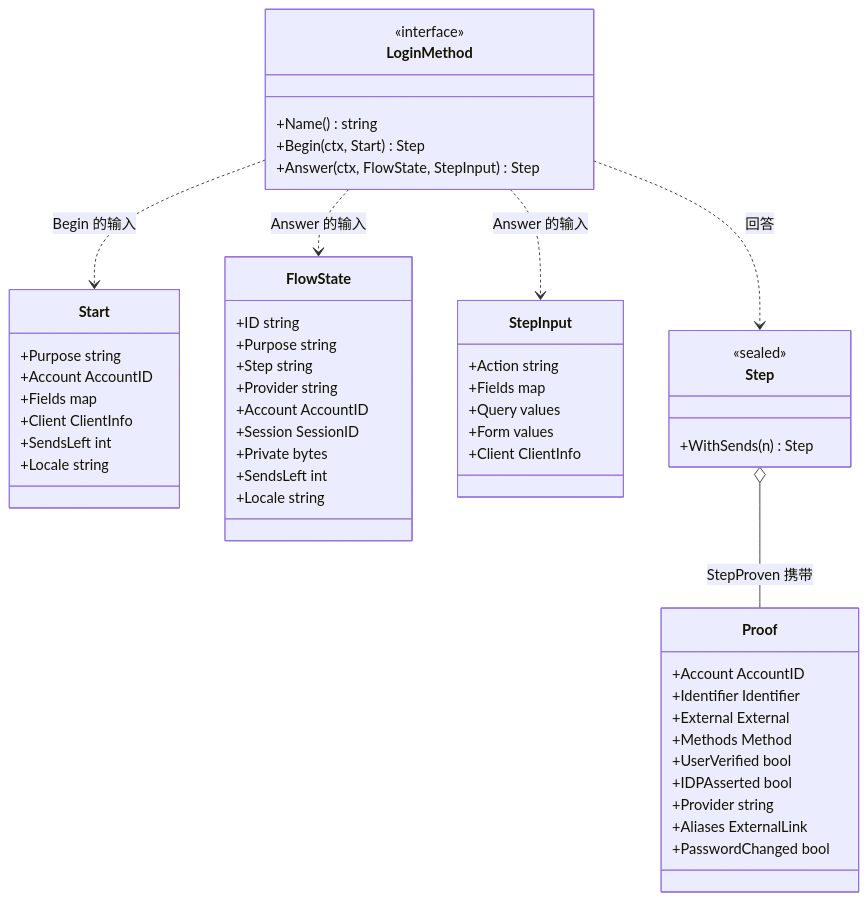
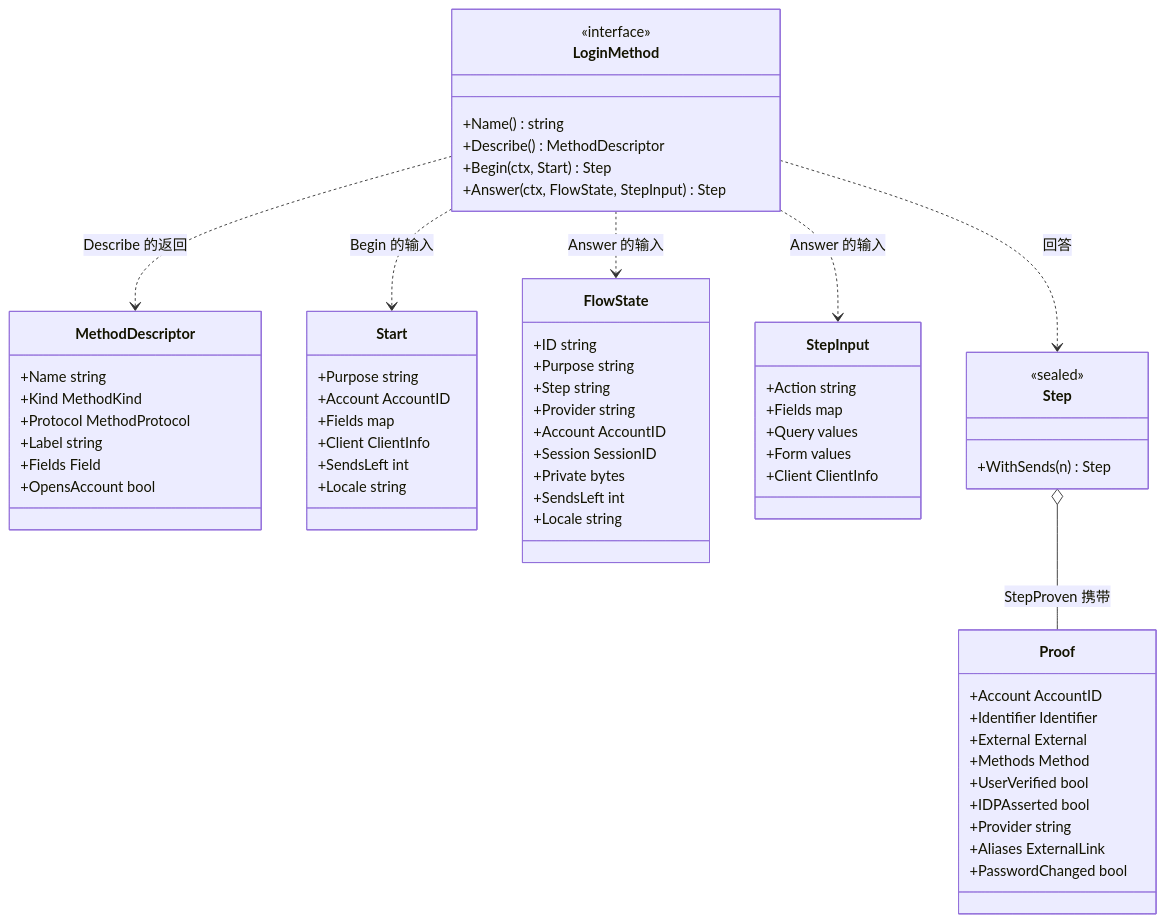
The third of 3 diagrams in docs/design/modules/authn/design-authn-login.md (wangzw/speed), drawn with Mermaid before and after one commit. The commit also changed other lines of this file and 37 other files, not shown here.

First line of the commit message:
feat(authn)!: publish login method descriptors at the discovery endpoint

````diff
--- a/docs/design/modules/authn/design-authn-login.md
+++ b/docs/design/modules/authn/design-authn-login.md
@@ -311,55 +315,65 @@
 ```mermaid
 classDiagram
     class LoginMethod {
         <<interface>>
         +Name() string
+        +Describe() MethodDescriptor
         +Begin(ctx, Start) Step
         +Answer(ctx, FlowState, StepInput) Step
+    }
+    class MethodDescriptor {
+        +Name string
+        +Kind MethodKind
+        +Protocol MethodProtocol
+        +Label string
+        +Fields Field
+        +OpensAccount bool
     }
     class Start {
         +Purpose string
         +Account AccountID
         +Fields map
         +Client ClientInfo
         +SendsLeft int
         +Locale string
     }
     class FlowState {
         +ID string
         +Purpose string
         +Step string
         +Provider string
         +Account AccountID
         +Session SessionID
         +Private bytes
         +SendsLeft int
         +Locale string
     }
     class StepInput {
         +Action string
         +Fields map
         +Query values
         +Form values
         +Client ClientInfo
     }
     class Step {
         <<sealed>>
         +WithSends(n) Step
     }
     class Proof {
         +Account AccountID
         +Identifier Identifier
         +External External
         +Methods Method
         +UserVerified bool
         +IDPAsserted bool
         +Provider string
         +Aliases ExternalLink
         +PasswordChanged bool
     }
     LoginMethod ..> Start : Begin 的输入
     LoginMethod ..> FlowState : Answer 的输入
     LoginMethod ..> StepInput : Answer 的输入
     LoginMethod ..> Step : 回答
+    LoginMethod ..> MethodDescriptor : Describe 的返回
     Step o-- Proof : StepProven 携带
 ```
````
